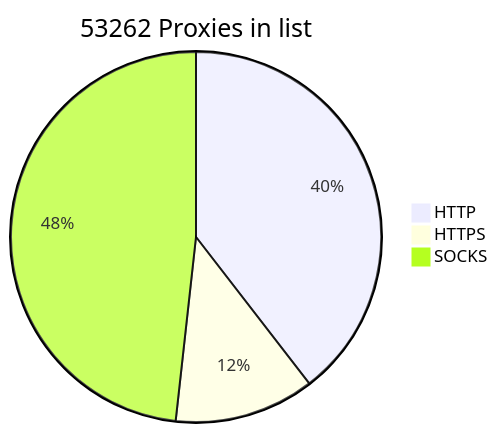
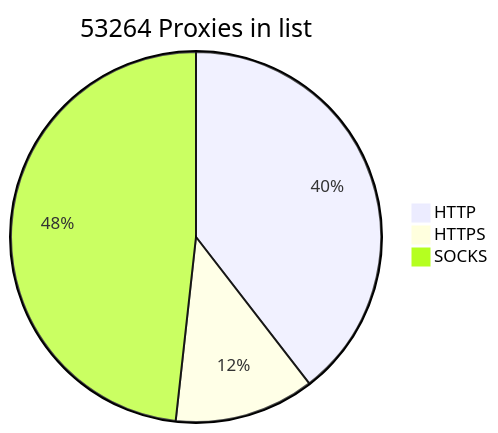
One commit to BlackSnowDot/proxylist-update-every-minute changed the diagram in README.md. Above: the diagram before and after it, drawn with Mermaid.

````diff
--- a/README.md
+++ b/README.md
@@ -2,6 +2,6 @@
 ```mermaid
-pie title 53262 Proxies in list
+pie title 53264 Proxies in list
     "HTTP" : 23516
     "HTTPS": 7275
-    "SOCKS" : 28704
+    "SOCKS" : 28706
 ```
````
